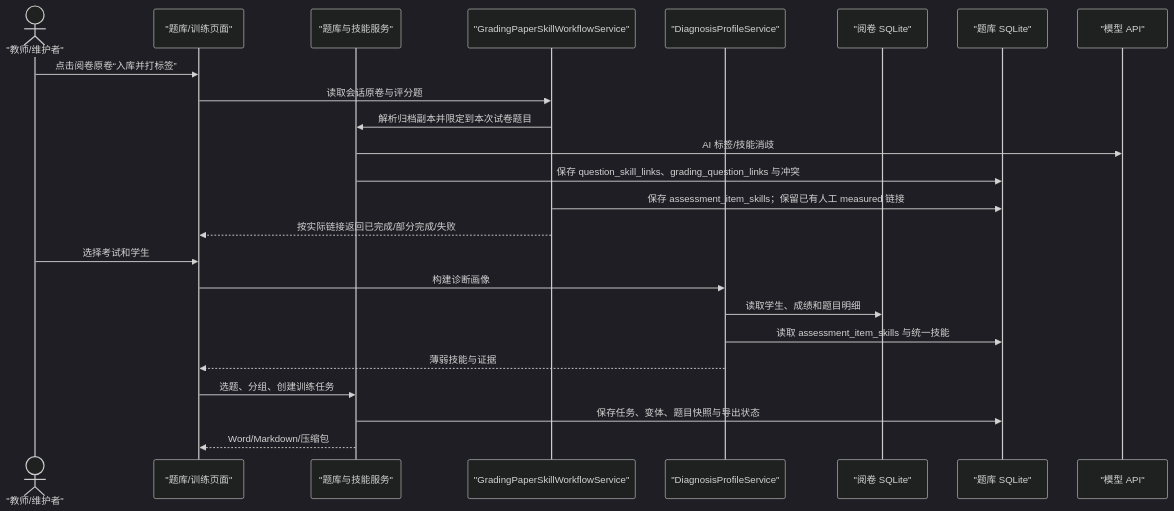
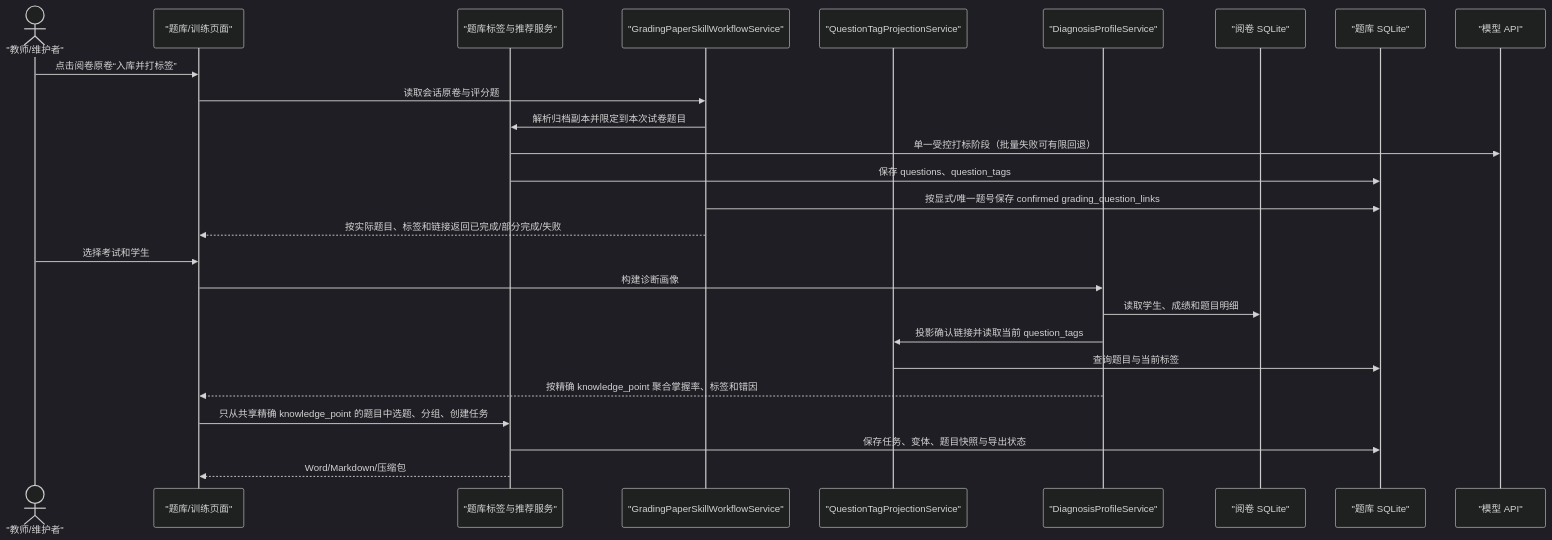
The fourth of 5 diagrams in ARCHITECTURE.md (Hineni412/ai-grading-system-workstation), drawn with Mermaid (dark theme) before and after one commit. The commit also changed other lines of this file and 4 other files, not shown here.

Commit message:
docs: document current tag projection workflow

````diff
--- a/ARCHITECTURE.md
+++ b/ARCHITECTURE.md
@@ -275,27 +278,29 @@
 ```mermaid
 sequenceDiagram
     actor U as "教师/维护者"
     participant UI as "题库/训练页面"
-    participant QS as "题库与技能服务"
+    participant QS as "题库标签与推荐服务"
     participant WF as "GradingPaperSkillWorkflowService"
+    participant TP as "QuestionTagProjectionService"
     participant DP as "DiagnosisProfileService"
     participant GP as "阅卷 SQLite"
     participant QB as "题库 SQLite"
     participant AI as "模型 API"
 
     U->>UI: 点击阅卷原卷“入库并打标签”
     UI->>WF: 读取会话原卷与评分题
     WF->>QS: 解析归档副本并限定到本次试卷题目
-    QS->>AI: AI 标签/技能消歧
-    QS->>QB: 保存 question_skill_links、grading_question_links 与冲突
-    WF->>QB: 保存 assessment_item_skills；保留已有人工 measured 链接
-    WF-->>UI: 按实际链接返回已完成/部分完成/失败
+    QS->>AI: 单一受控打标阶段（批量失败可有限回退）
+    QS->>QB: 保存 questions、question_tags
+    WF->>QB: 按显式/唯一题号保存 confirmed grading_question_links
+    WF-->>UI: 按实际题目、标签和链接返回已完成/部分完成/失败
     U->>UI: 选择考试和学生
     UI->>DP: 构建诊断画像
     DP->>GP: 读取学生、成绩和题目明细
-    DP->>QB: 读取 assessment_item_skills 与统一技能
-    DP-->>UI: 薄弱技能与证据
-    UI->>QS: 选题、分组、创建训练任务
+    DP->>TP: 投影确认链接并读取当前 question_tags
+    TP->>QB: 查询题目与当前标签
+    DP-->>UI: 按精确 knowledge_point 聚合掌握率、标签和错因
+    UI->>QS: 只从共享精确 knowledge_point 的题目中选题、分组、创建任务
     QS->>QB: 保存任务、变体、题目快照与导出状态
     QS-->>UI: Word/Markdown/压缩包
 ```
````
